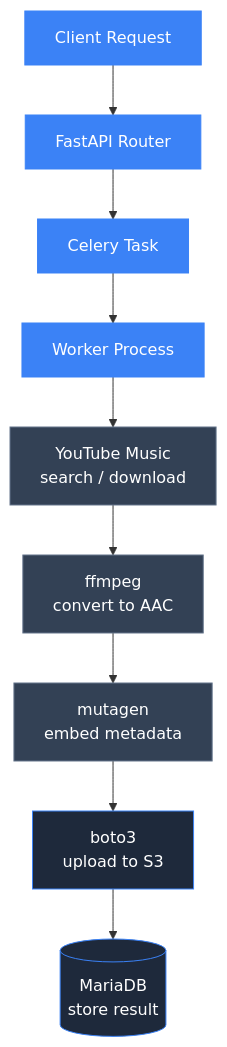
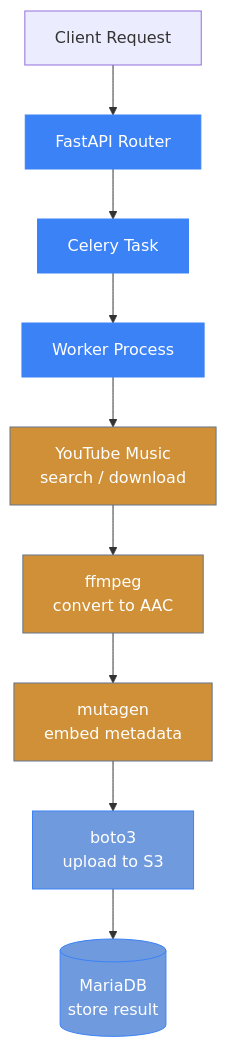
Before and after one commit to Tomifarmer/zimmporter-stack-doc: the diagram in docs/api/architecture.md, drawn with Mermaid. The commit also changed 2 other files, not shown here.

Commit message:
Update css

````diff
--- a/docs/api/architecture.md
+++ b/docs/api/architecture.md
@@ -5,20 +5,20 @@
 ```mermaid
 graph TD
   classDef primary fill:#3b82f6,stroke:#3b82f6,color:#fff
   classDef accent fill:#40e0d0,stroke:#40e0d0,color:#fff
-  classDef storage fill:#1e293b,stroke:#3b82f6,color:#fff
-  classDef external fill:#334155,stroke:#64748b,color:#fff
+  classDef storage fill:#6f9ade,stroke:#3b82f6,color:#fff
+  classDef external fill:#cf9038,stroke:#64748b,color:#fff
 
   CR[Client Request] --> R[FastAPI Router]
   R --> CT[Celery Task]
   CT --> WP[Worker Process]
   WP --> YT[YouTube Music<br/>search / download]
   YT --> FF[ffmpeg<br/>convert to AAC]
   FF --> MT[mutagen<br/>embed metadata]
   MT --> S3[boto3<br/>upload to S3]
   S3 --> DB[(MariaDB<br/>store result)]
 
-  class CR,R,CT,WP primary
+  class R,CT,WP primary
   class YT,FF,MT external
   class S3,DB storage
 ```
````
